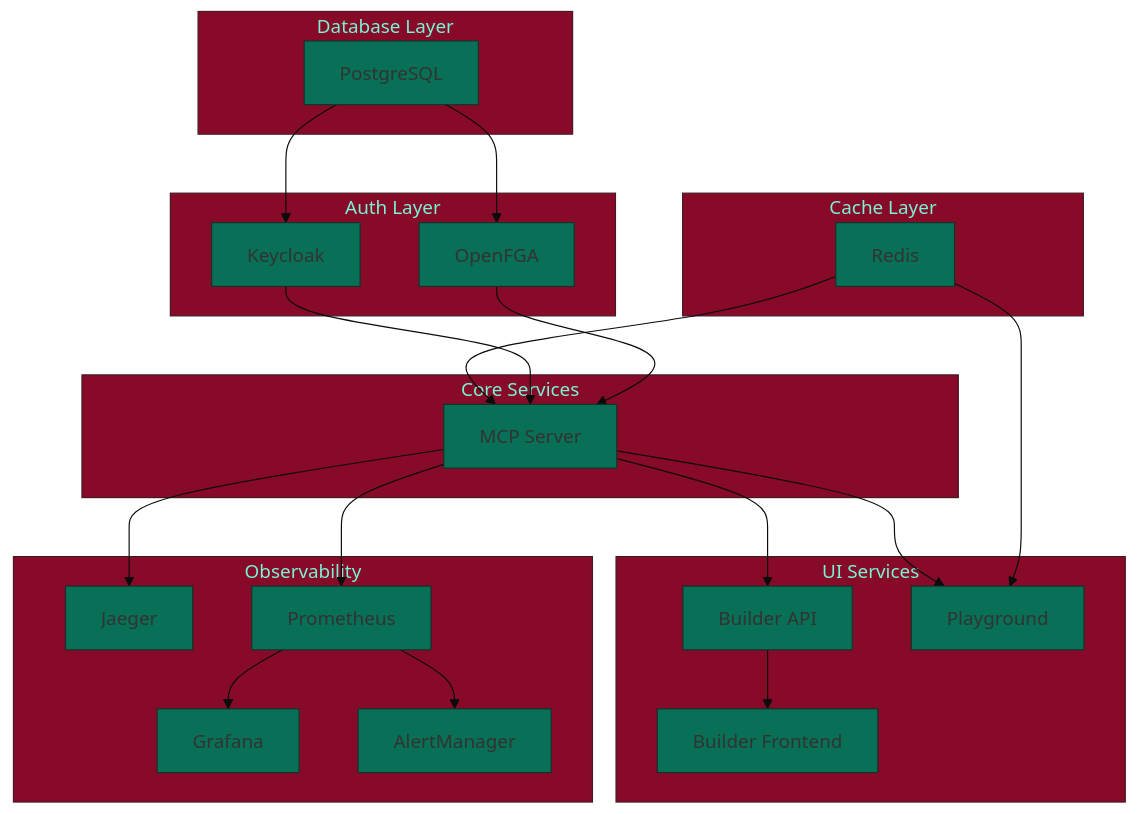
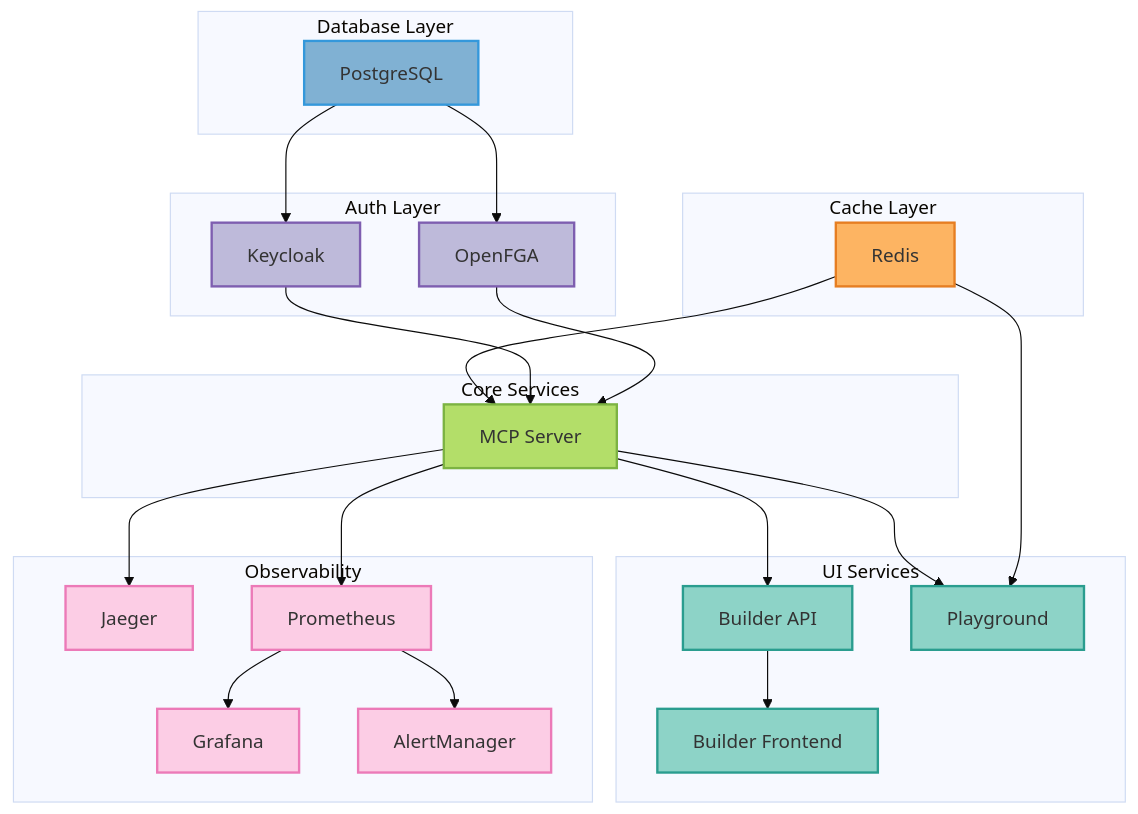
The diagram in docs/development/test-infrastructure.mdx (vishnu2kmohan/mcp-server-langgraph), drawn with Mermaid before and after one commit. The commit also changed 2 other files, not shown here.

Commit message:
style: add ColorBrewer2 Set3 palette styling to Mermaid diagrams
Add required ColorBrewer2 Set3 classDef styling to:
- docs/guides/interactive-playground.mdx
- docs/guides/visual-workflow-builder.mdx
- docs/development/test-infrastructure.mdx

Per diagram visualization standards (ADR-0055).

🤖 Generated with [Claude Code](https://claude.com/claude-code)

````diff
--- a/docs/development/test-infrastructure.mdx
+++ b/docs/development/test-infrastructure.mdx
@@ -113,48 +113,63 @@
 ```mermaid
-%%{init: {'theme':'base', 'themeVariables': {'primaryColor':'#087056'}}}%%
+%%{init: {'theme':'base'}}%%
 flowchart TB
     subgraph Database["Database Layer"]
         PG[PostgreSQL]
     end
 
     subgraph Cache["Cache Layer"]
         Redis[Redis]
     end
 
     subgraph Auth["Auth Layer"]
         KC[Keycloak]
         FGA[OpenFGA]
     end
 
     subgraph Core["Core Services"]
         MCP[MCP Server]
     end
 
     subgraph UI["UI Services"]
         BA[Builder API]
         BF[Builder Frontend]
         PL[Playground]
     end
 
     subgraph Observability["Observability"]
         Jaeger[Jaeger]
         Prom[Prometheus]
         Graf[Grafana]
         Alert[AlertManager]
     end
 
     PG --> KC
     PG --> FGA
     Redis --> MCP
     KC --> MCP
     FGA --> MCP
     MCP --> BA
     MCP --> PL
     BA --> BF
     Redis --> PL
 
     MCP --> Jaeger
     MCP --> Prom
     Prom --> Graf
     Prom --> Alert
+
+    %% ColorBrewer2 Set3 palette - each component type uniquely colored
+    classDef dbStyle fill:#80b1d3,stroke:#3498db,stroke-width:2px,color:#333
+    classDef cacheStyle fill:#fdb462,stroke:#e67e22,stroke-width:2px,color:#333
+    classDef authStyle fill:#bebada,stroke:#7e5eb0,stroke-width:2px,color:#333
+    classDef coreStyle fill:#b3de69,stroke:#7cb342,stroke-width:2px,color:#333
+    classDef uiStyle fill:#8dd3c7,stroke:#2a9d8f,stroke-width:2px,color:#333
+    classDef obsStyle fill:#fccde5,stroke:#ec7ab8,stroke-width:2px,color:#333
+
+    class PG dbStyle
+    class Redis cacheStyle
+    class KC,FGA authStyle
+    class MCP coreStyle
+    class BA,BF,PL uiStyle
+    class Jaeger,Prom,Graf,Alert obsStyle
 ```
````
